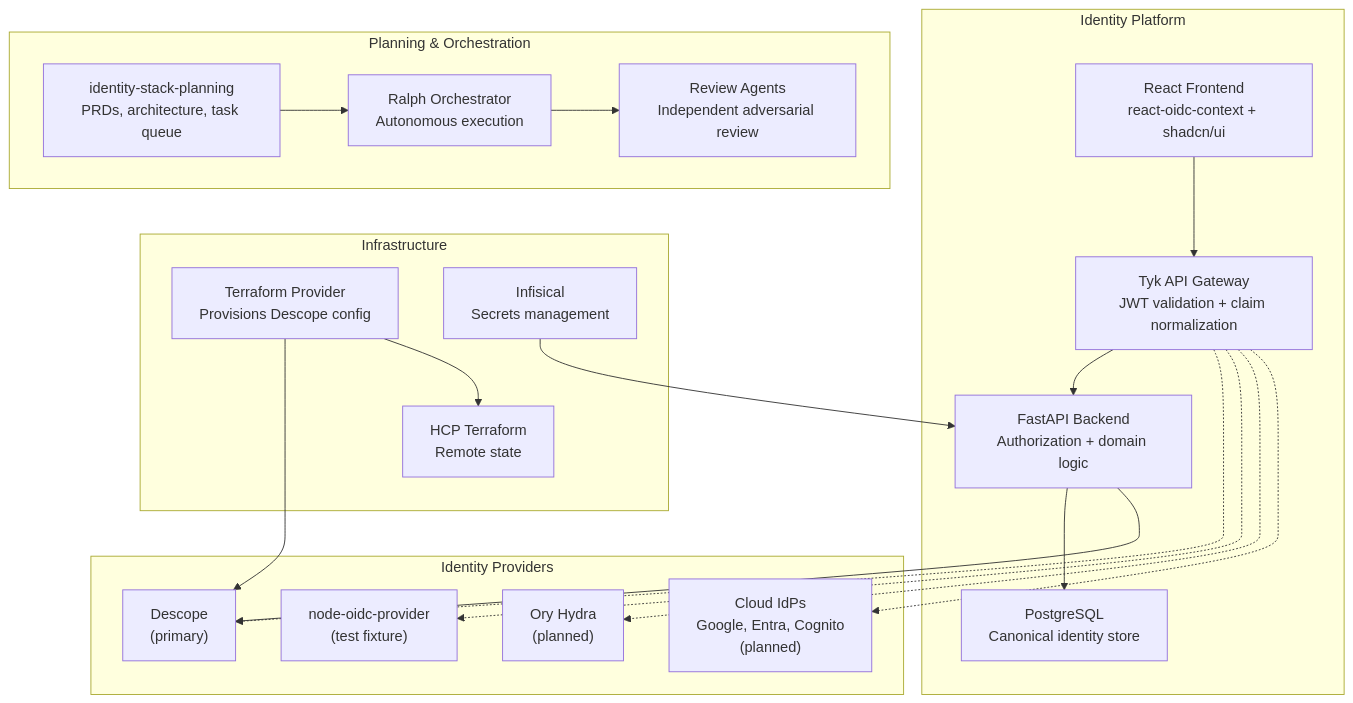
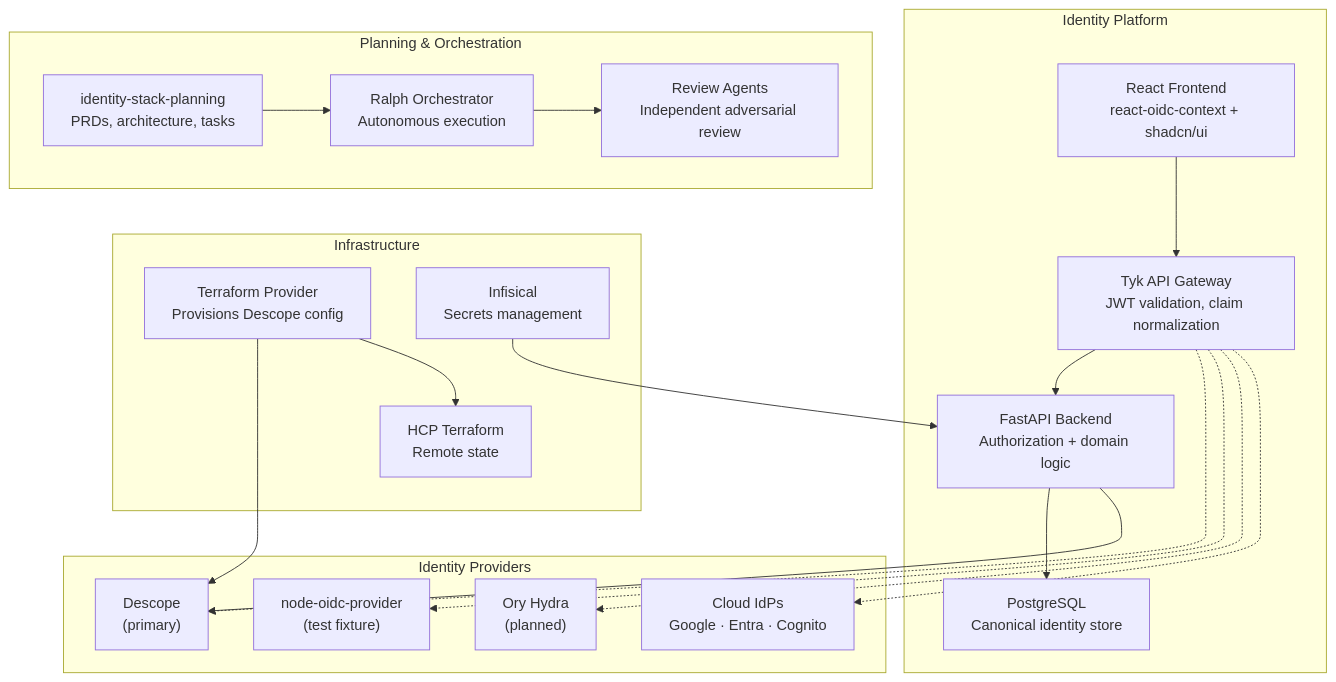
One commit to jamescrowley321/identity-stack-planning changed the first of 4 diagrams in README.md. Above: the diagram before and after it, drawn with Mermaid. The commit also changed other lines of this file and 4 other files, not shown here.

First line of the commit message:
docs: improve readability of all Mermaid diagrams

````diff
--- a/README.md
+++ b/README.md
@@ -11,42 +11,42 @@
 ```mermaid
 graph TB
     subgraph app["Identity Platform"]
         FE["React Frontend<br/>react-oidc-context + shadcn/ui"]
-        GW["Tyk API Gateway<br/>JWT validation + claim normalization"]
+        GW["Tyk API Gateway<br/>JWT validation, claim normalization"]
         BE["FastAPI Backend<br/>Authorization + domain logic"]
         DB["PostgreSQL<br/>Canonical identity store"]
     end
 
     subgraph providers["Identity Providers"]
         DESC["Descope<br/>(primary)"]
         OIDC["node-oidc-provider<br/>(test fixture)"]
         ORY["Ory Hydra<br/>(planned)"]
-        CLOUD["Cloud IdPs<br/>Google, Entra, Cognito<br/>(planned)"]
+        CLOUD["Cloud IdPs<br/>Google · Entra · Cognito"]
     end
 
     subgraph infra["Infrastructure"]
         TF["Terraform Provider<br/>Provisions Descope config"]
         INF["Infisical<br/>Secrets management"]
         HCP["HCP Terraform<br/>Remote state"]
     end
 
     subgraph planning["Planning & Orchestration"]
-        AP["identity-stack-planning<br/>PRDs, architecture, task queue"]
+        AP["identity-stack-planning<br/>PRDs, architecture, tasks"]
         RALPH["Ralph Orchestrator<br/>Autonomous execution"]
         REVIEW["Review Agents<br/>Independent adversarial review"]
     end
 
     FE --> GW
     GW --> BE
     BE --> DB
     GW -.-> DESC
     GW -.-> OIDC
     GW -.-> ORY
     GW -.-> CLOUD
     BE --> DESC
     TF --> DESC
     TF --> HCP
     INF --> BE
     AP --> RALPH
     RALPH --> REVIEW
 ```
````
